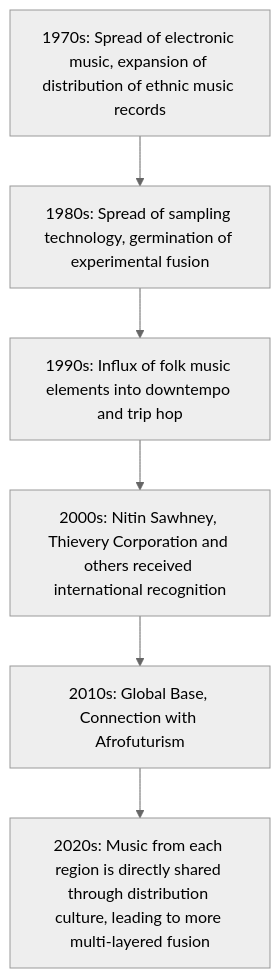
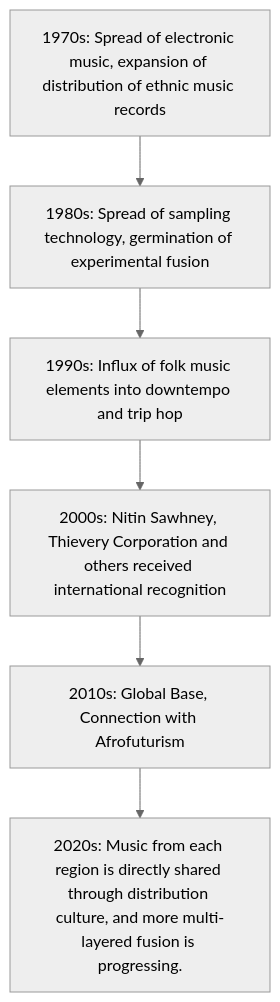
One commit to monumental-movement/monumental-movement.github.io changed the third of 5 diagrams in en/_posts/2025-12-09-column-electronic-world-fusion.md. Above: the diagram before and after it, drawn with Mermaid (neutral theme). The commit also changed other lines of this file and 657 other files, not shown here.

```diff
--- a/en/_posts/2025-12-09-column-electronic-world-fusion.md
+++ b/en/_posts/2025-12-09-column-electronic-world-fusion.md
@@ -150,8 +150,8 @@
 <div class="mermaid">
 flowchart TB
     A1970["1970s: Spread of electronic music, expansion of distribution of ethnic music records"] --> A1980["1980s: Spread of sampling technology, germination of experimental fusion"]
     A1980 --> A1990["1990s: Influx of folk music elements into downtempo and trip hop"]
     A1990 --> A2000["2000s: Nitin Sawhney, Thievery Corporation and others received international recognition"]
     A2000 --> A2010["2010s: Global Base, Connection with Afrofuturism"]
-    A2010 --> A2020["2020s: Music from each region is directly shared through distribution culture, leading to more multi-layered fusion"]
+    A2010 --> A2020["2020s: Music from each region is directly shared through distribution culture, and more multi-layered fusion is progressing."]
 </div>
```
